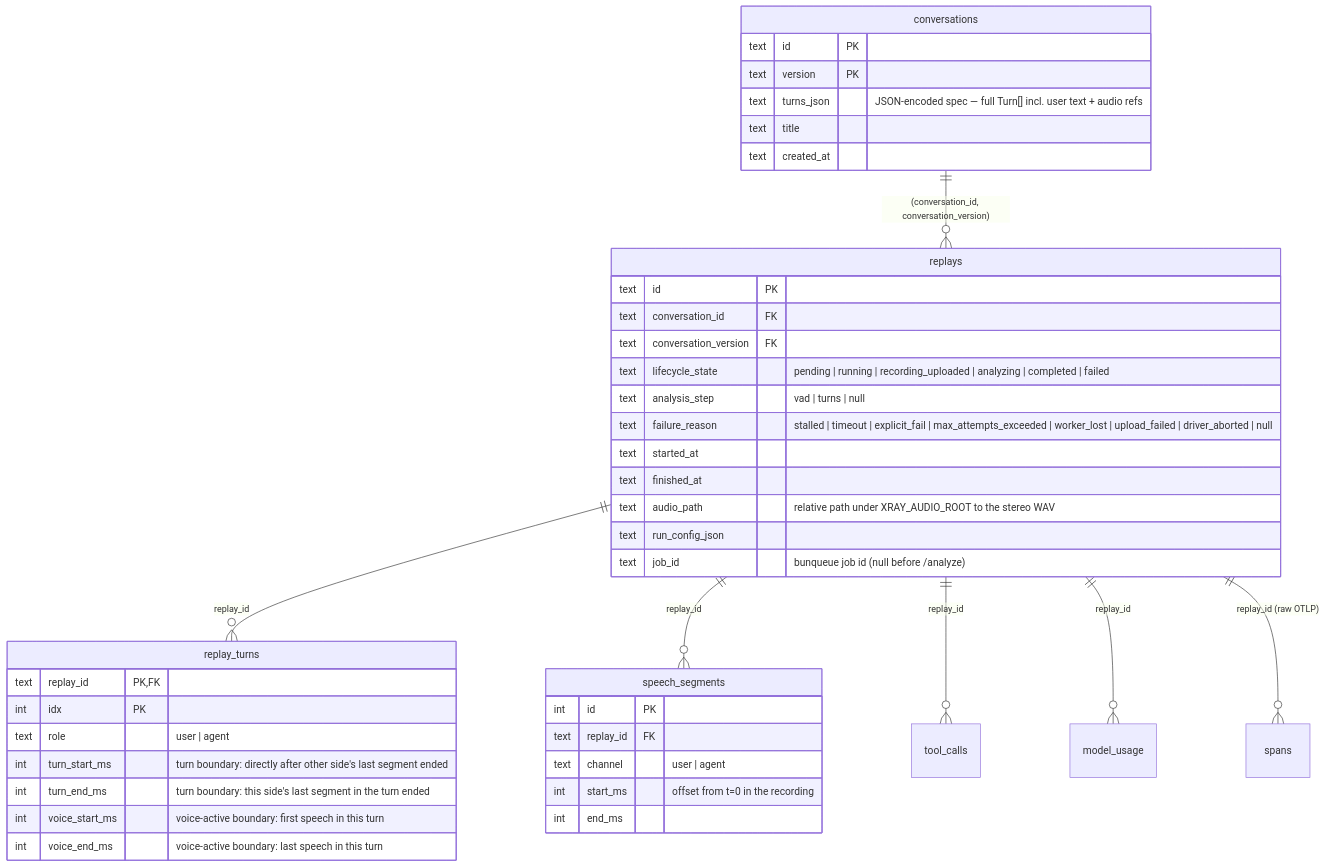
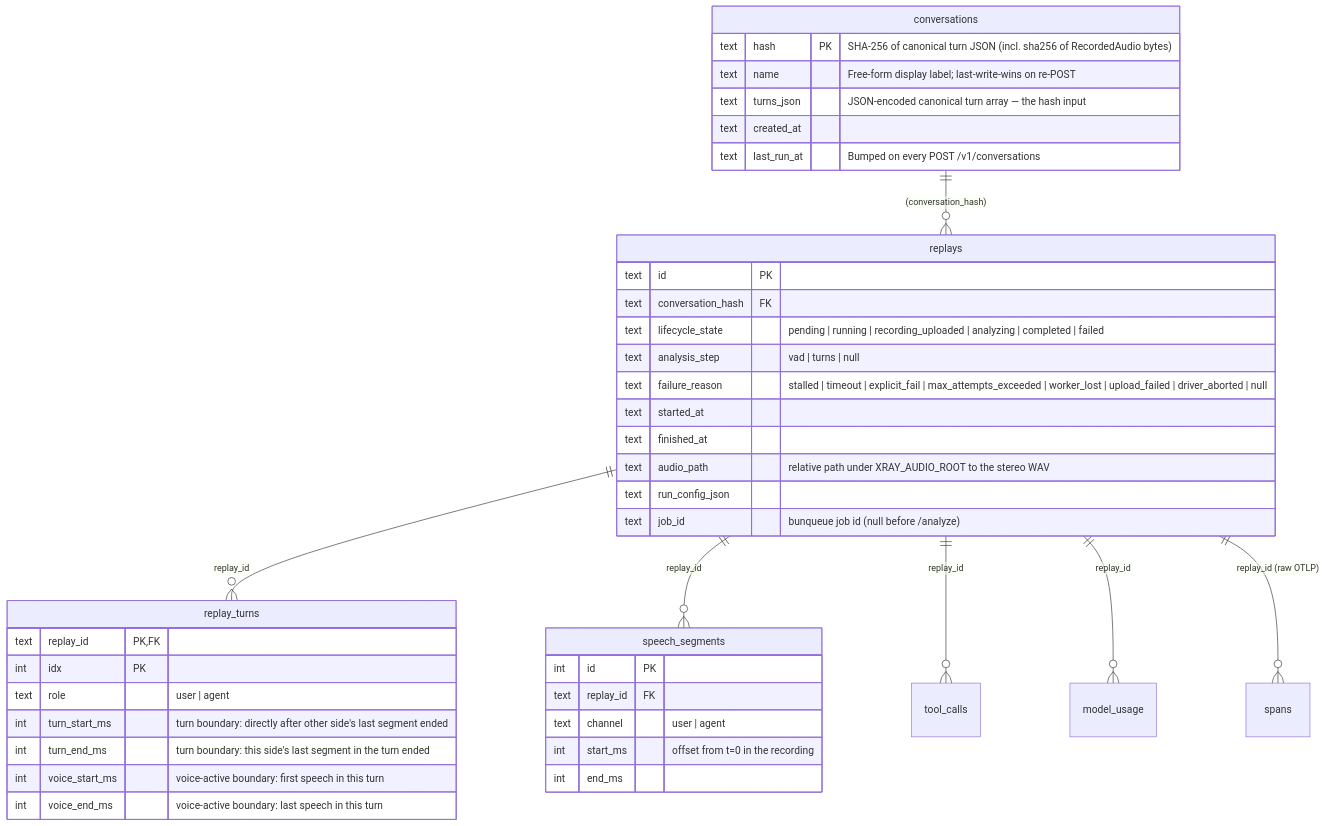
Before and after one commit to xray-eval/xray: the fourth of 5 diagrams in docs/architecture.md, drawn with Mermaid. The commit also changed other lines of this file and 70 other files, not shown here.

First line of the commit message:
feat: content-hash conversation identity (server-only hashing) (#64)

````diff
--- a/docs/architecture.md
+++ b/docs/architecture.md
@@ -277,46 +281,45 @@
 ```mermaid
 erDiagram
-    conversations ||--o{ replays : "(conversation_id, conversation_version)"
+    conversations ||--o{ replays : "(conversation_hash)"
     replays ||--o{ replay_turns : "replay_id"
     replays ||--o{ speech_segments : "replay_id"
     replays ||--o{ tool_calls : "replay_id"
     replays ||--o{ model_usage : "replay_id"
     replays ||--o{ spans : "replay_id (raw OTLP)"
 
     conversations {
-        text id PK
-        text version PK
-        text turns_json "JSON-encoded spec — full Turn[] incl. user text + audio refs"
-        text title
+        text hash PK "SHA-256 of canonical turn JSON (incl. sha256 of RecordedAudio bytes)"
+        text name "Free-form display label; last-write-wins on re-POST"
+        text turns_json "JSON-encoded canonical turn array — the hash input"
         text created_at
+        text last_run_at "Bumped on every POST /v1/conversations"
     }
     replays {
         text id PK
-        text conversation_id FK
-        text conversation_version FK
+        text conversation_hash FK
         text lifecycle_state "pending | running | recording_uploaded | analyzing | completed | failed"
         text analysis_step "vad | turns | null"
         text failure_reason "stalled | timeout | explicit_fail | max_attempts_exceeded | worker_lost | upload_failed | driver_aborted | null"
         text started_at
         text finished_at
         text audio_path "relative path under XRAY_AUDIO_ROOT to the stereo WAV"
         text run_config_json
         text job_id "bunqueue job id (null before /analyze)"
     }
     replay_turns {
         text replay_id PK,FK
         int idx PK
         text role "user | agent"
         int turn_start_ms "turn boundary: directly after other side's last segment ended"
         int turn_end_ms "turn boundary: this side's last segment in the turn ended"
         int voice_start_ms "voice-active boundary: first speech in this turn"
         int voice_end_ms "voice-active boundary: last speech in this turn"
     }
     speech_segments {
         int id PK
         text replay_id FK
         text channel "user | agent"
         int start_ms "offset from t=0 in the recording"
         int end_ms
     }
 ```
````
